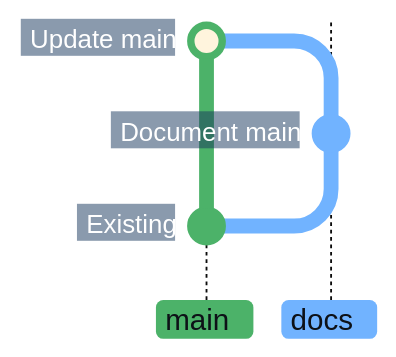
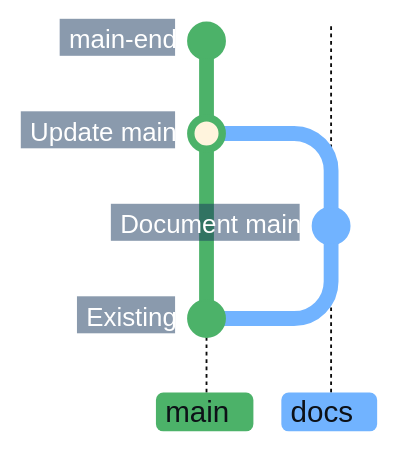
One commit to superhero/operations.superduper.solutions changed the seventh of 7 diagrams in docs/adr/cicd.md. Above: the diagram before and after it, drawn with Mermaid. The commit also changed other lines of this file, not shown here.

First line of the commit message:
docs: show permanent branches continuing beyond final merges

````diff
--- a/docs/adr/cicd.md
+++ b/docs/adr/cicd.md
@@ -261,14 +291,16 @@
 ```mermaid
-%%{init: {"theme": "base", "themeCSS": "line.branch { stroke: #8B949E; stroke-width: 1px; stroke-dasharray: 1 4; stroke-linecap: round; } .branchLabel, .tag-label { font-weight: 700; } .tag-label-bkg, .commit-label-bkg { opacity: 0.9; } .tag-label-bkg { fill: #B8E6C4; stroke: #8ED3A2; } .branchLabelBkg { opacity: 1; clip-path: inset(0 8px 0 0 round 4px) fill-box; } .commit-labels g:last-of-type { visibility: hidden; } .commit-labels g { transform-box: fill-box; transform-origin: calc(100% + 17px) calc(50% + 2px); transform: rotate(-10deg); } .commit-label { font-weight: 700; transform: translateX(-8px); } .commit-label-bkg { stroke: #17365D; stroke-width: 20px; transform: translateX(-5px); clip-path: polygon(-4px -4px, calc(100% + 4px) -4px, calc(100% + 10px) 50%, calc(100% + 4px) calc(100% + 4px), -4px calc(100% + 4px)) fill-box; }", "gitGraph": {"mainBranchName": "main", "showCommitLabel": true, "rotateCommitLabel": false}, "themeVariables": {
+%%{init: {"theme": "base", "themeCSS": "line.branch { stroke: #8B949E; stroke-width: 1px; stroke-dasharray: 1 4; stroke-linecap: round; } .branchLabel, .tag-label { font-weight: 700; } .tag-label-bkg, .commit-label-bkg { opacity: 0.9; } .tag-label-bkg { fill: #B8E6C4; stroke: #8ED3A2; } .branchLabelBkg { opacity: 1; clip-path: inset(0 8px 0 0 round 4px) fill-box; } .commit-labels g:last-of-type { visibility: hidden; } .commit-labels g:first-of-type, .commit.main-end { visibility: hidden; } .commit-labels g { transform-box: fill-box; transform-origin: calc(100% + 17px) calc(50% + 2px); transform: rotate(-10deg); } .commit-label { font-weight: 700; transform: translateX(-8px); } .commit-label-bkg { stroke: #17365D; stroke-width: 20px; transform: translateX(-5px); clip-path: polygon(-4px -4px, calc(100% + 4px) -4px, calc(100% + 10px) 50%, calc(100% + 4px) calc(100% + 4px), -4px calc(100% + 4px)) fill-box; }", "gitGraph": {"mainBranchName": "main", "showCommitLabel": true, "rotateCommitLabel": false}, "themeVariables": {
     "commitLabelFontSize": "14px", "commitLabelColor": "#FFFFFF", "commitLabelBackground": "#17365D",
     "git0": "#4CB269", "gitBranchLabel0": "#0D1117",
     "git1": "#71B3FF", "gitBranchLabel1": "#0D1117"
 }}}%%
 gitGraph BT:
     %% Hide the existing target commit note while retaining its connection.
     commit id: "Existing"
     branch docs order: 1
     commit id: "Document main"
     checkout main
     merge docs id: "Update main"
+    %% A hidden endpoint shows main continuing after the documentation merge.
+    commit id: "main-end"
 ```
````
